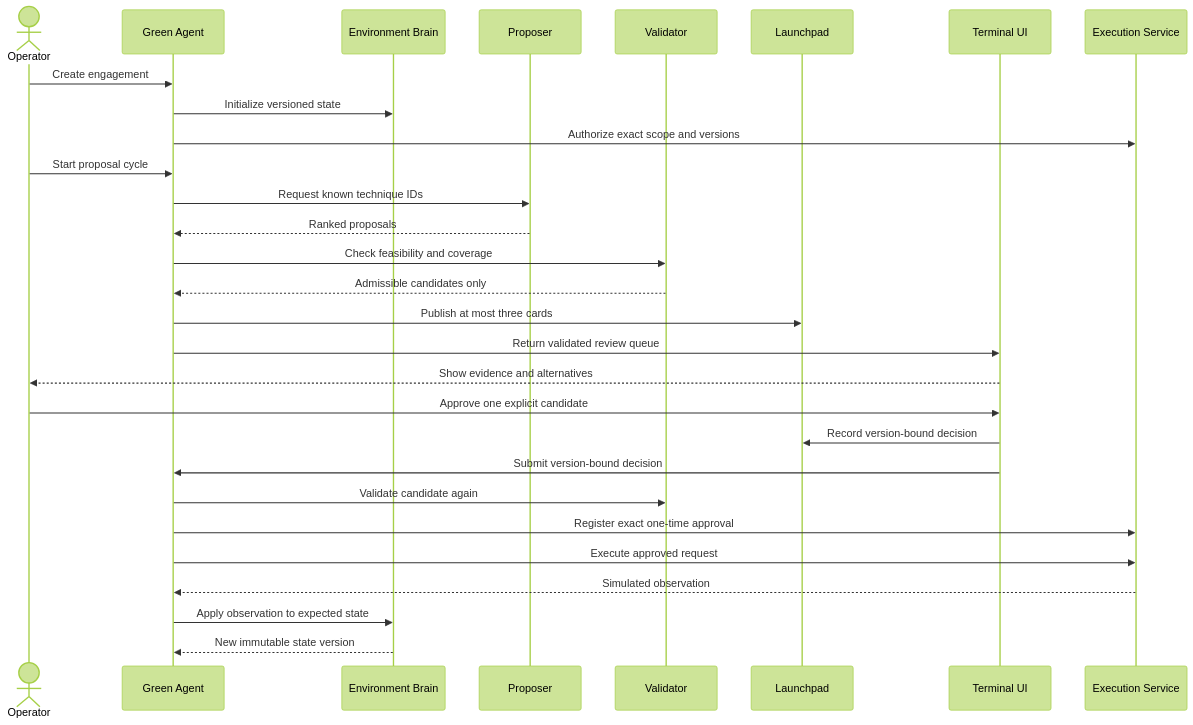
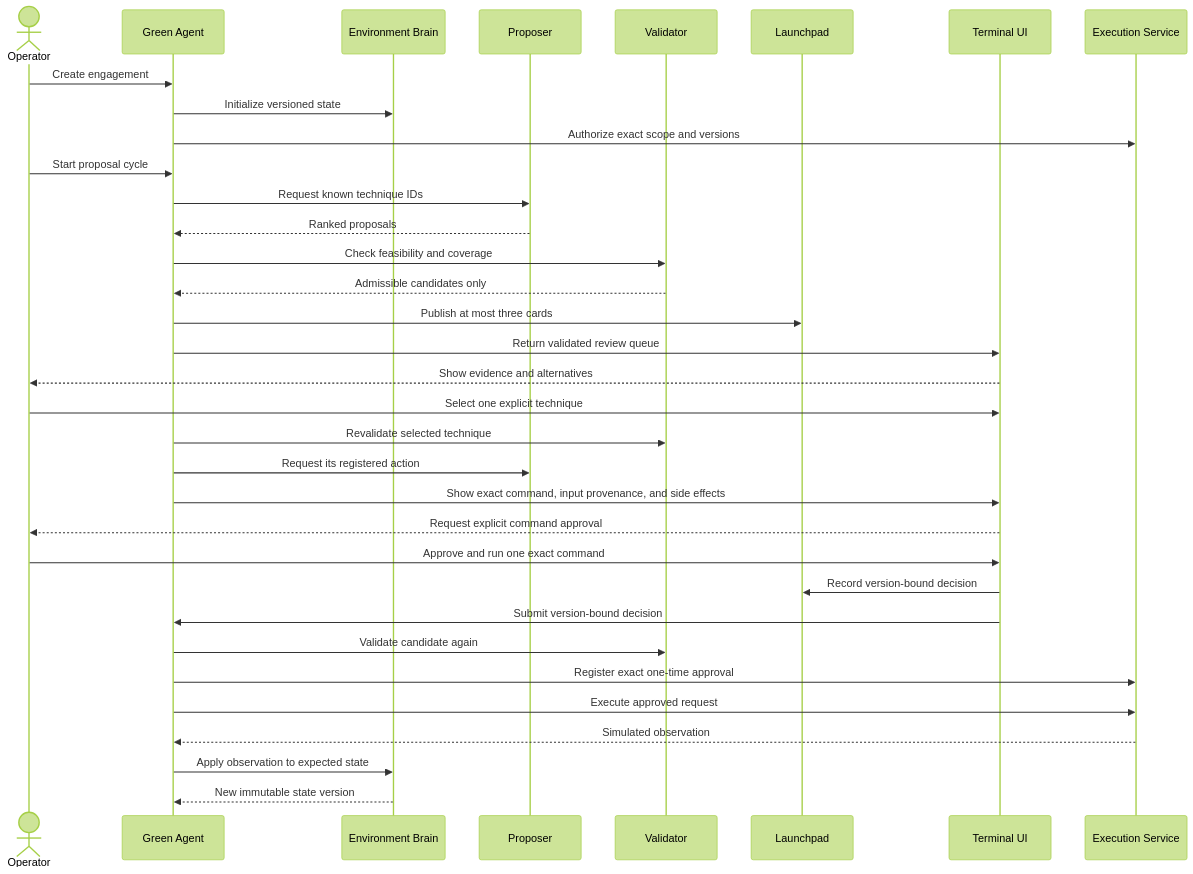
One commit to moabid42/Verisentinel changed the second of 2 diagrams in code/README.md. Above: the diagram before and after it, drawn with Mermaid (forest theme). The commit also changed other lines of this file and 15 other files, not shown here.

````diff
--- a/code/README.md
+++ b/code/README.md
@@ -80,32 +80,37 @@
 ```mermaid
 sequenceDiagram
     actor Operator
     participant Green as Green Agent
     participant Env as Environment Brain
     participant Prop as Proposer
     participant Val as Validator
     participant Store as Launchpad
     participant UI as Terminal UI
     participant Exec as Execution Service
 
     Operator->>Green: Create engagement
     Green->>Env: Initialize versioned state
     Green->>Exec: Authorize exact scope and versions
     Operator->>Green: Start proposal cycle
     Green->>Prop: Request known technique IDs
     Prop-->>Green: Ranked proposals
     Green->>Val: Check feasibility and coverage
     Val-->>Green: Admissible candidates only
     Green->>Store: Publish at most three cards
     Green->>UI: Return validated review queue
     UI-->>Operator: Show evidence and alternatives
-    Operator->>UI: Approve one explicit candidate
+    Operator->>UI: Select one explicit technique
+    Green->>Val: Revalidate selected technique
+    Green->>Prop: Request its registered action
+    Green->>UI: Show exact command, input provenance, and side effects
+    UI-->>Operator: Request explicit command approval
+    Operator->>UI: Approve and run one exact command
     UI->>Store: Record version-bound decision
     UI->>Green: Submit version-bound decision
     Green->>Val: Validate candidate again
     Green->>Exec: Register exact one-time approval
     Green->>Exec: Execute approved request
     Exec-->>Green: Simulated observation
     Green->>Env: Apply observation to expected state
     Env-->>Green: New immutable state version
 ```
````
